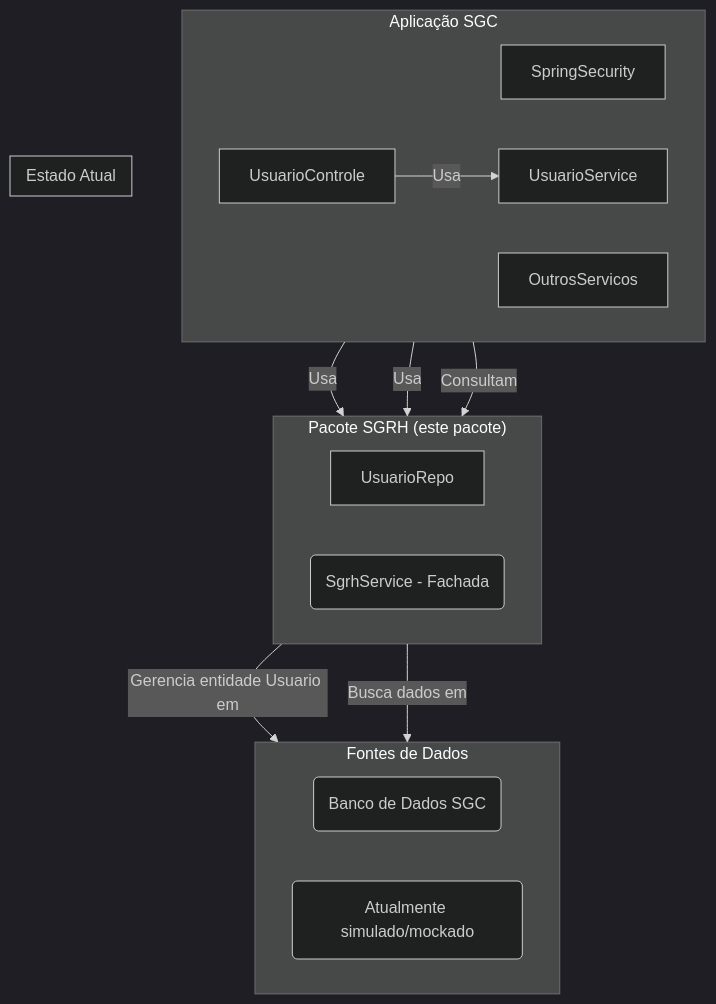
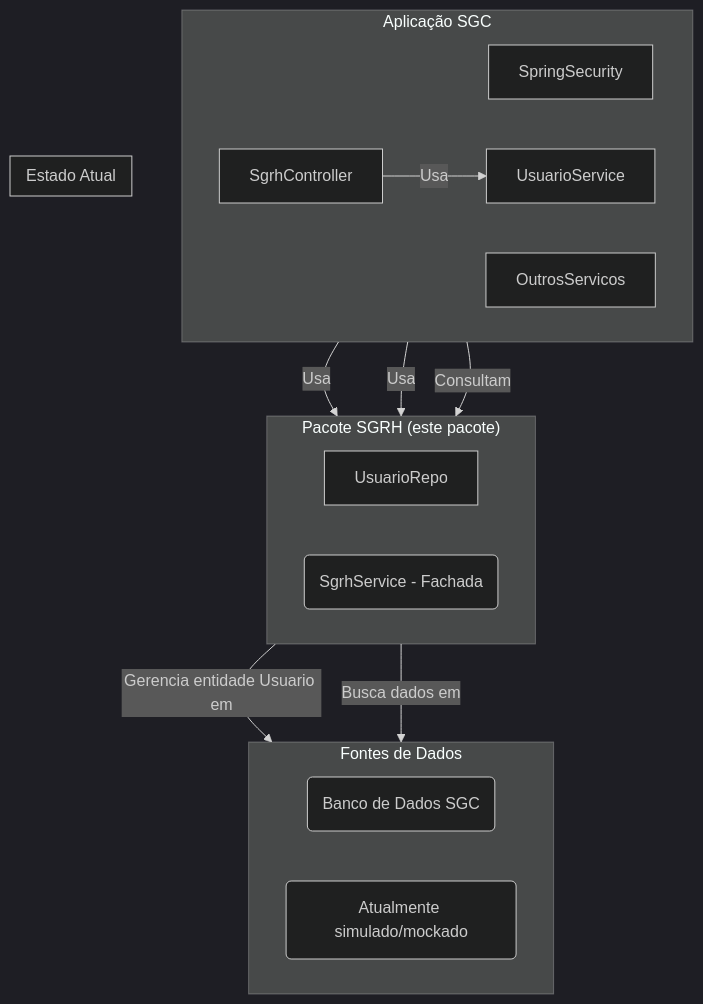
Before and after one commit to lgalvao/sgc: the diagram in backend/src/main/java/sgc/sgrh/README.md, drawn with Mermaid (dark theme). The commit also changed other lines of this file and 893 other files, not shown here.

````diff
--- a/backend/src/main/java/sgc/sgrh/README.md
+++ b/backend/src/main/java/sgc/sgrh/README.md
@@ -14,33 +15,33 @@
 ```mermaid
 graph TD
     subgraph "Aplicação SGC"
         direction LR
         SpringSecurity
         OutrosServicos
-        UsuarioControle
+        SgrhController
         UsuarioService
     end
 
     subgraph "Pacote SGRH (este pacote)"
         direction LR
         UsuarioRepo
         SgrhServiceFacade(SgrhService - Fachada)
     end
 
     subgraph "Fontes de Dados"
         direction LR
         DB_SGC(Banco de Dados SGC)
         SGRH_Externo(Sistema Externo de RH)
     end
 
     SpringSecurity & UsuarioService -- Usa --> UsuarioRepo
     UsuarioRepo -- Gerencia entidade Usuario em --> DB_SGC
-    UsuarioControle -- Usa --> UsuarioService
+    SgrhController -- Usa --> UsuarioService
 
     OutrosServicos -- Consultam --> SgrhServiceFacade
     SgrhServiceFacade -- Busca dados em --> SGRH_Externo
 
     subgraph "Estado Atual"
        SGRH_Externo(Atualmente simulado/mockado)
     end
 ```
````
